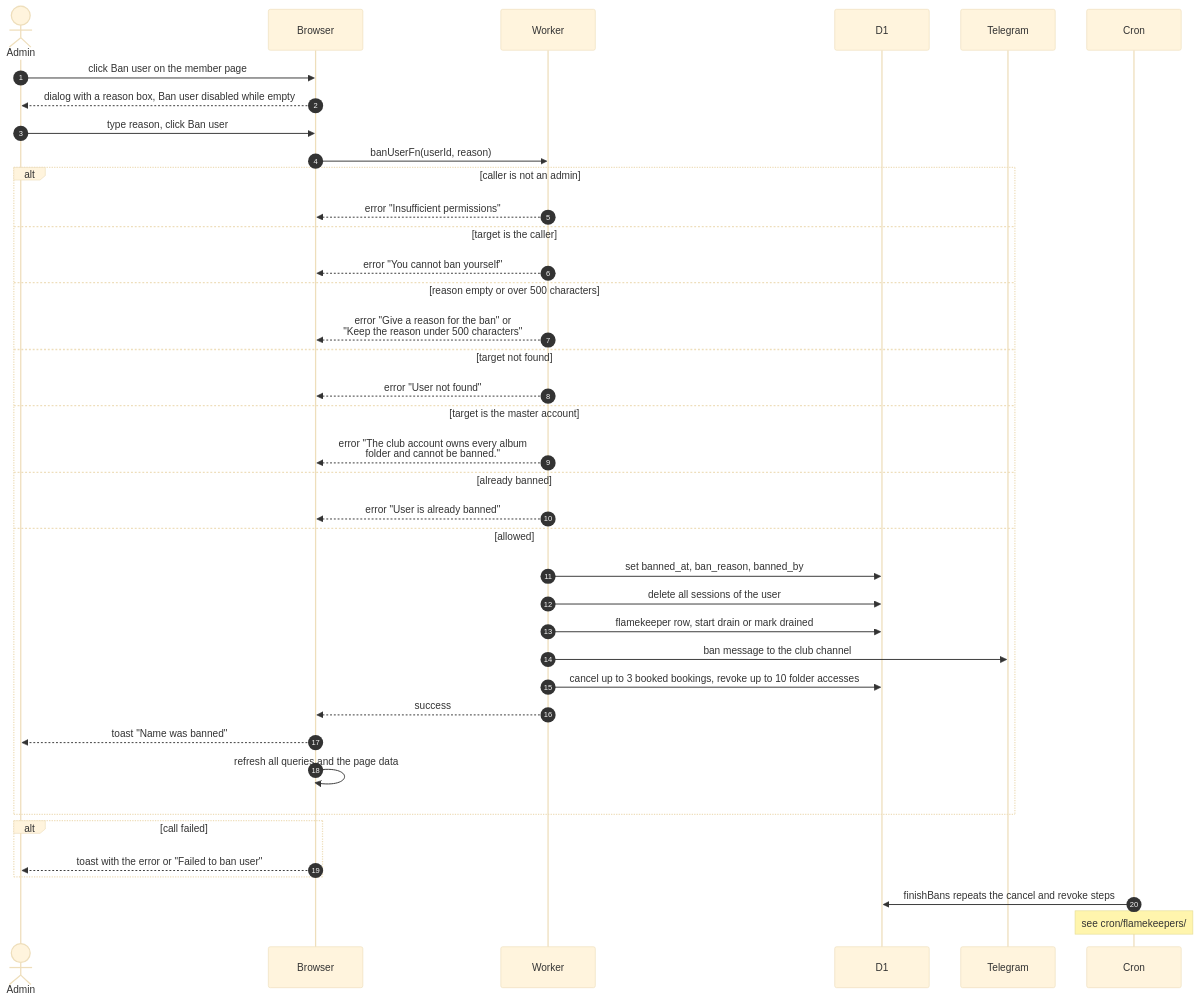
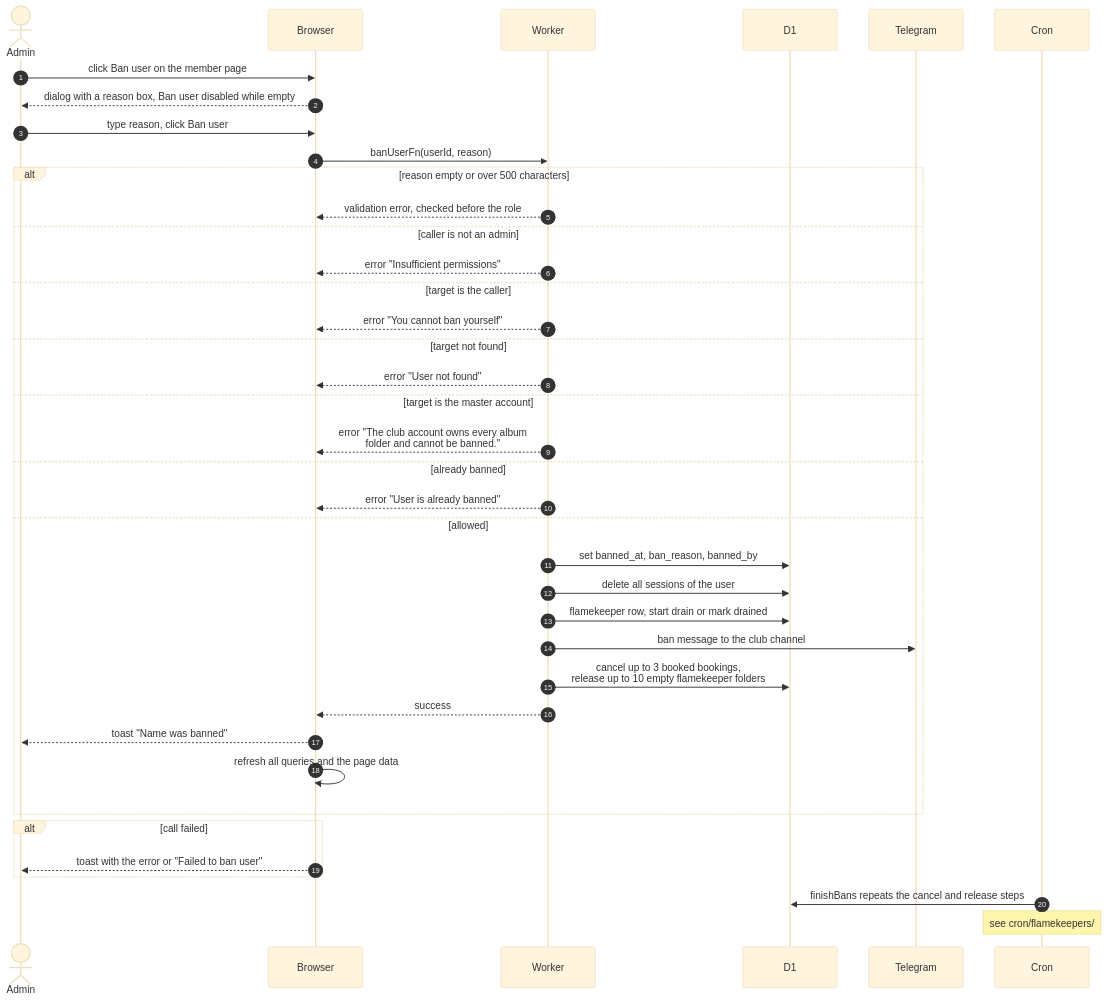
One commit to sagyzdop/meriksirat changed the diagram in docs/scenarios/admin/ban-member.md. Above: the diagram before and after it, drawn with Mermaid (base theme). The commit also changed other lines of this file and 24 other files, not shown here.

Commit message:
docs(scenarios): verify admin diagrams against the code

````diff
--- a/docs/scenarios/admin/ban-member.md
+++ b/docs/scenarios/admin/ban-member.md
@@ -15,42 +18,42 @@
 ```mermaid
 sequenceDiagram
     autonumber
     actor Person as Admin
     participant Browser
     participant Worker
     participant D1
     participant Telegram
     participant Cron
 
     Person->>Browser: click Ban user on the member page
     Browser-->>Person: dialog with a reason box, Ban user disabled while empty
     Person->>Browser: type reason, click Ban user
     Browser->>Worker: banUserFn(userId, reason)
-    alt caller is not an admin
+    alt reason empty or over 500 characters
+        Worker-->>Browser: validation error, checked before the role
+    else caller is not an admin
         Worker-->>Browser: error "Insufficient permissions"
     else target is the caller
         Worker-->>Browser: error "You cannot ban yourself"
-    else reason empty or over 500 characters
-        Worker-->>Browser: error "Give a reason for the ban" or<br/>"Keep the reason under 500 characters"
     else target not found
         Worker-->>Browser: error "User not found"
     else target is the master account
         Worker-->>Browser: error "The club account owns every album<br/>folder and cannot be banned."
     else already banned
         Worker-->>Browser: error "User is already banned"
     else allowed
         Worker->>D1: set banned_at, ban_reason, banned_by
         Worker->>D1: delete all sessions of the user
         Worker->>D1: flamekeeper row, start drain or mark drained
         Worker->>Telegram: ban message to the club channel
-        Worker->>D1: cancel up to 3 booked bookings, revoke up to 10 folder accesses
+        Worker->>D1: cancel up to 3 booked bookings,<br/>release up to 10 empty flamekeeper folders
         Worker-->>Browser: success
         Browser-->>Person: toast "Name was banned"
         Browser->>Browser: refresh all queries and the page data
     end
     alt call failed
         Browser-->>Person: toast with the error or "Failed to ban user"
     end
-    Cron->>D1: finishBans repeats the cancel and revoke steps
+    Cron->>D1: finishBans repeats the cancel and release steps
     Note over Cron: see cron/flamekeepers/
 ```
````
